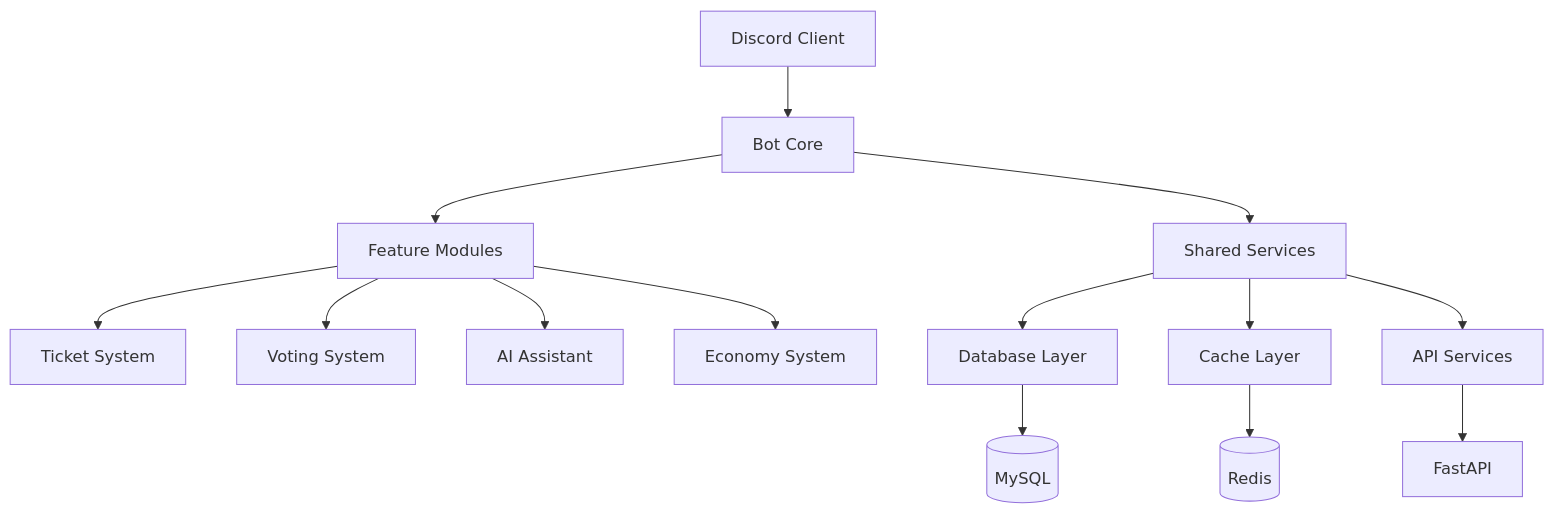
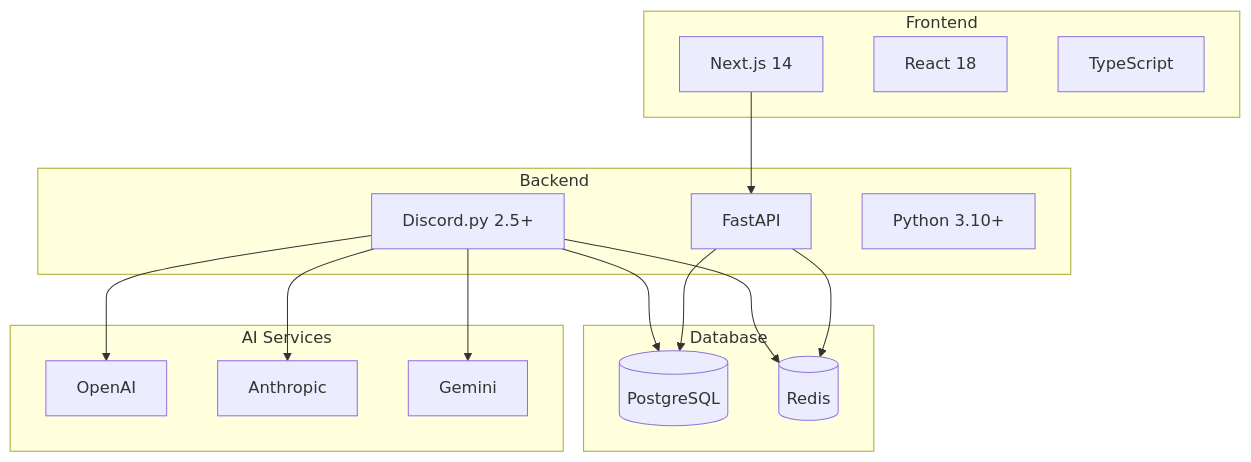
The diagram in docs/index.md (Craig-0219/potato), drawn with Mermaid before and after one commit. The commit also changed other lines of this file and 17 other files, not shown here.

````diff
--- a/docs/index.md
+++ b/docs/index.md
@@ -66,19 +52,34 @@
 ```mermaid
 graph TB
-    A[Discord Client] --> B[Bot Core]
-    B --> C[Feature Modules]
-    B --> D[Shared Services]
+    subgraph "Frontend"
+        A[Next.js 14]
+        B[React 18]
+        C[TypeScript]
+    end
     
-    C --> E[Ticket System]
-    C --> F[Voting System]
-    C --> G[AI Assistant]
-    C --> H[Economy System]
+    subgraph "Backend"
+        D[Discord.py 2.5+]
+        E[FastAPI]
+        F[Python 3.10+]
+    end
     
-    D --> I[Database Layer]
-    D --> J[Cache Layer]
-    D --> K[API Services]
+    subgraph "Database"
+        G[(PostgreSQL)]
+        H[(Redis)]
+    end
     
-    I --> L[(MySQL)]
-    J --> M[(Redis)]
-    K --> N[FastAPI]
+    subgraph "AI Services"
+        I[OpenAI]
+        J[Anthropic]
+        K[Gemini]
+    end
+    
+    A --> E
+    D --> G
+    E --> G
+    D --> H
+    E --> H
+    D --> I
+    D --> J
+    D --> K
 ```
````
